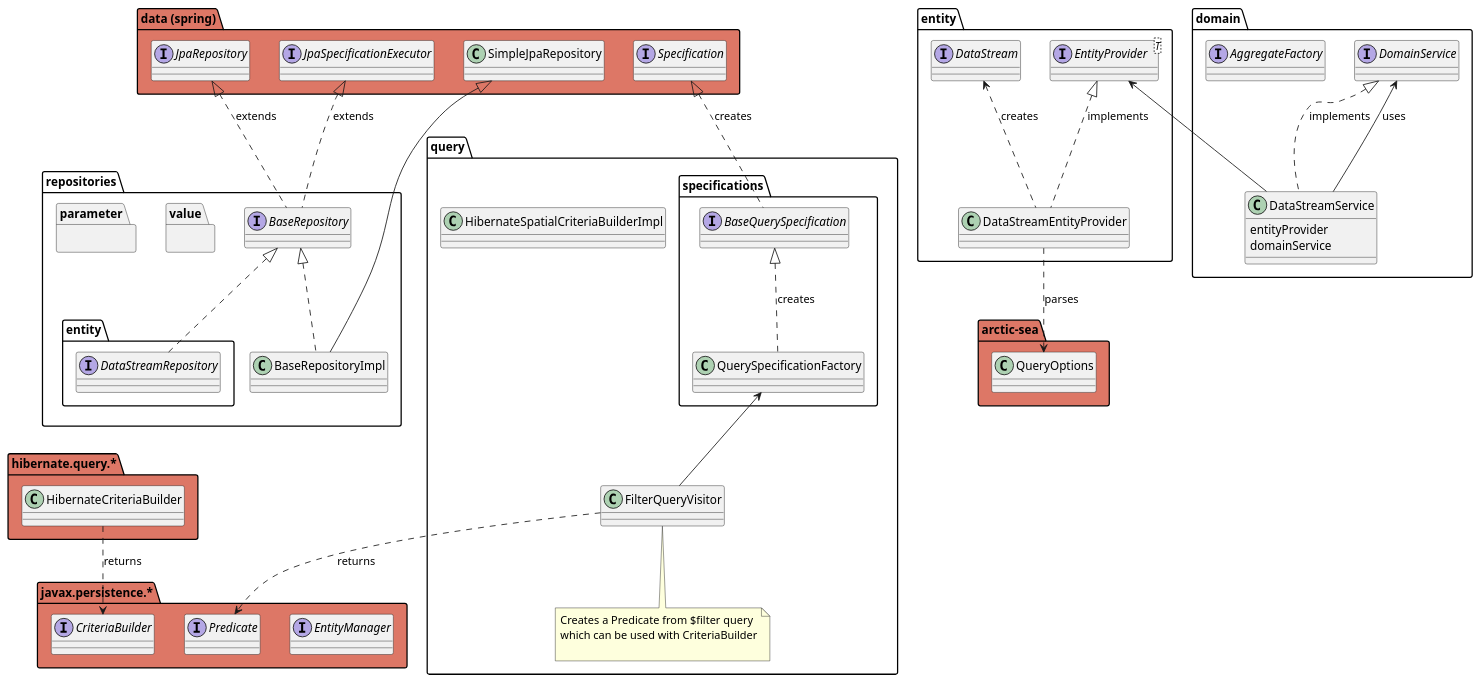
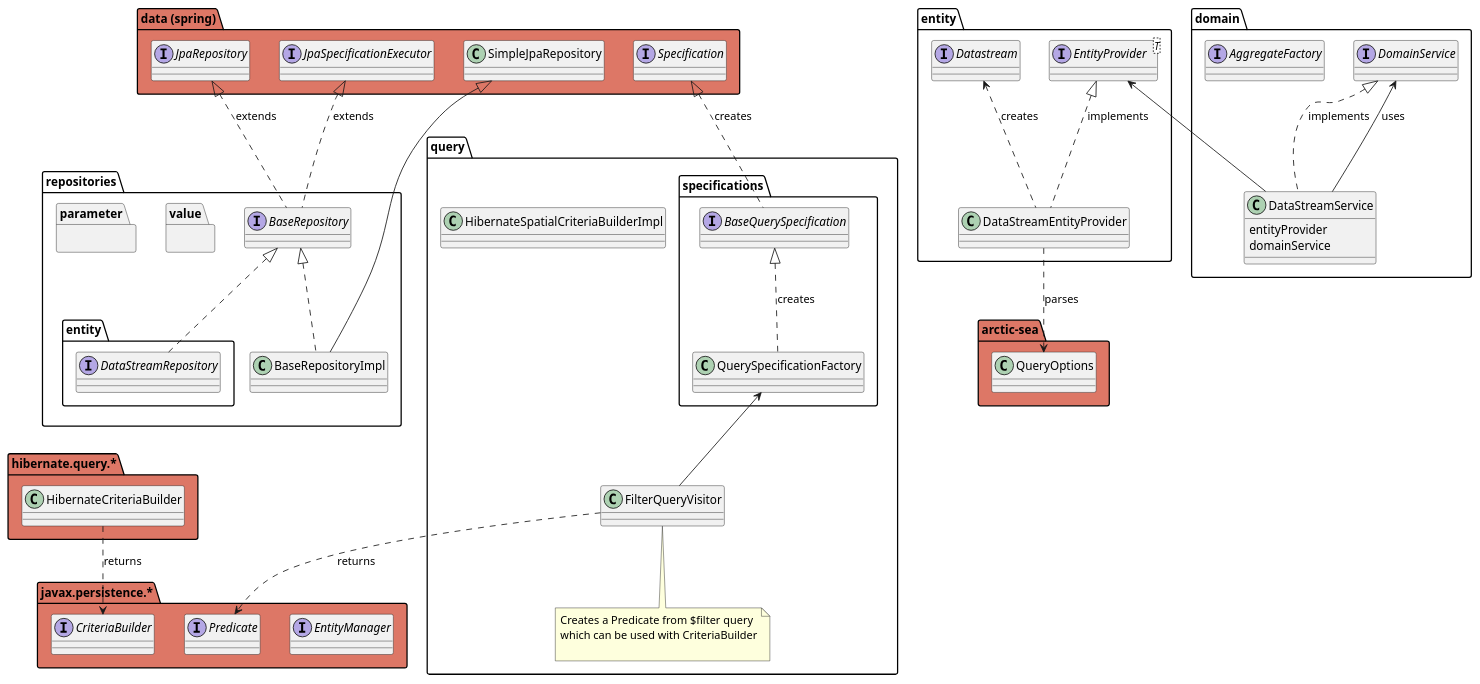
One commit to 52North/sensorweb-server-sta changed the diagram in docs/diagrams/dao-packages.puml. Above: the diagram before and after it, drawn with PlantUML. The commit also changed 7 other files, not shown here.

Commit message:
Review diagrams

```diff
--- a/docs/diagrams/dao-packages.puml
+++ b/docs/diagrams/dao-packages.puml
@@ -1,94 +1,96 @@
 @startuml 52n SensorThings API, DAO Packages
+
+' TODO review diagram
 
 package "javax.persistence.*" as javax_persistence #dd7766 {
     interface "EntityManager" as em
     interface "CriteriaBuilder" as criteria_builder
     interface "Predicate" as predicate
 }
 
 package "hibernate.query.*" as hibernate_criterion #dd7766 {
     class "HibernateCriteriaBuilder" as hibernate_criteria_builder
 }
 
 package "data (spring)" as spring_data #dd7766 {
     class "SimpleJpaRepository" as simple_jpa_repo
     interface "JpaRepository" as jpa_repo
     interface "Specification" as spring_spec
     interface "JpaSpecificationExecutor" as spec_executor
 
 }
 
 package "arctic-sea" as pkg_arcticsea #dd7766 {
     class "QueryOptions" as query_options
 }
 
 package query as pkg_query{
     package specifications as specs {
         class "QuerySpecificationFactory" as spec_factory
         interface "BaseQuerySpecification" as base_spec
 
     }
     class "HibernateSpatialCriteriaBuilderImpl" as spatial_criteria_builder
     class "FilterQueryVisitor" as visitor
     note bottom of visitor {
         Creates a Predicate from $filter query
         which can be used with CriteriaBuilder
         
     }
 }
 
 package repositories as pkg_repos_base {
     interface "BaseRepository" as base_repo
     class "BaseRepositoryImpl" as base_repo_impl
     
     package "value" as pkg_repos_values {}
     package "parameter" as pkg_repos_params {}
     package "entity" as pkg_repos_entity {
         interface "DataStreamRepository" as datastream_repo 
     }
 }
 
 package entity as entity {
-    interface "DataStream" as ds_entity
+    interface "Datastream" as ds_entity
     interface "EntityProvider" as entity_provider <T>
     class "DataStreamEntityProvider" as ds_provider
 }
 
 package domain as domain {
     interface "DomainService" as domain_service
     interface "AggregateFactory" as aggregate_factory
     class "DataStreamService" as ds_service {
         entityProvider
         domainService
     }
     
 }
 
 domain_service <|.. ds_service : implements
 domain_service <-- ds_service : uses
 entity_provider <-- ds_service
 
 spring_spec <|.. base_spec : creates
 simple_jpa_repo <|-- base_repo_impl
 base_repo <|.. base_repo_impl
 base_repo <|.. datastream_repo
 
 base_spec <|.. spec_factory : creates
 spec_factory <-- visitor
 
 ds_entity <.. ds_provider  : creates
 entity_provider <|.. ds_provider : implements
 ds_provider ..> query_options : parses
 jpa_repo <|.. base_repo : extends
 spec_executor <|.. base_repo: extends
 
 'ds_provider --> repos : uses
 'ds_provider --> query : uses
 'query ..> specifications : creates
 'ds_provider --> spatial_criteria_builder : creates
 'spatial_criteria_builder --|> hibernate_criteria_builder
 
 hibernate_criteria_builder ..> criteria_builder : returns
 visitor ..> predicate : returns
 
 @enduml
```
